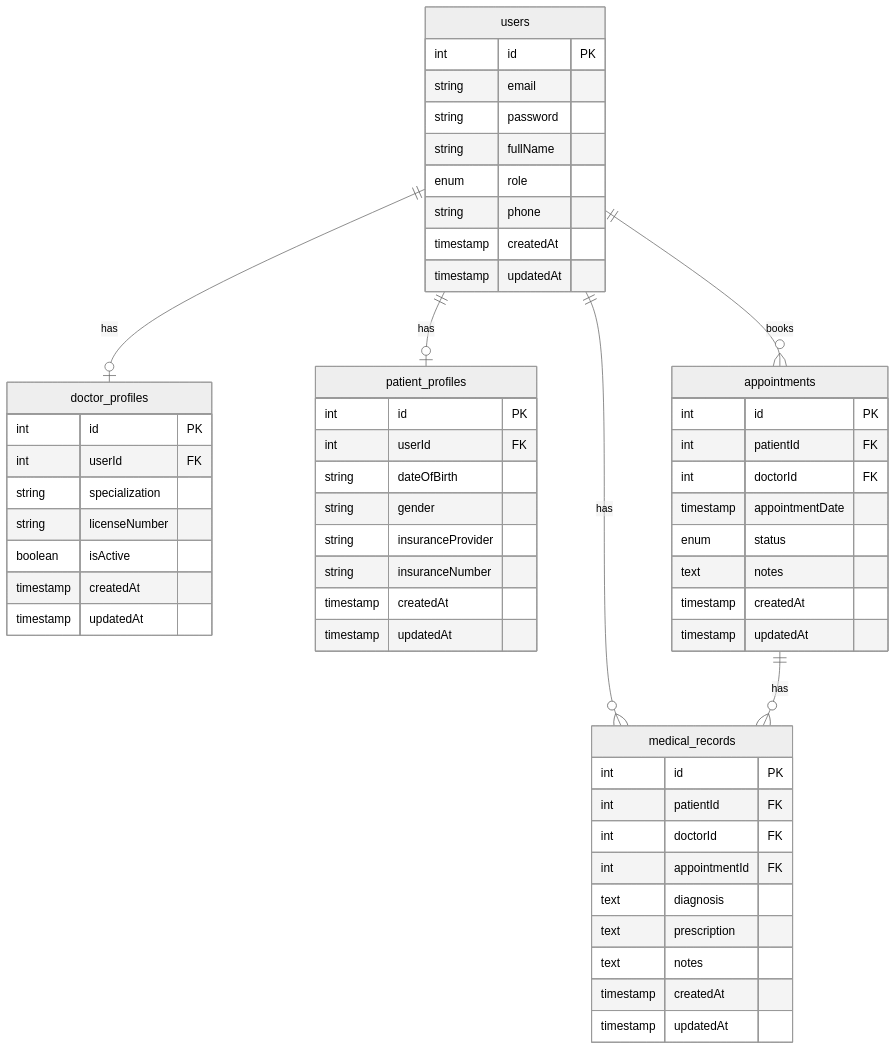
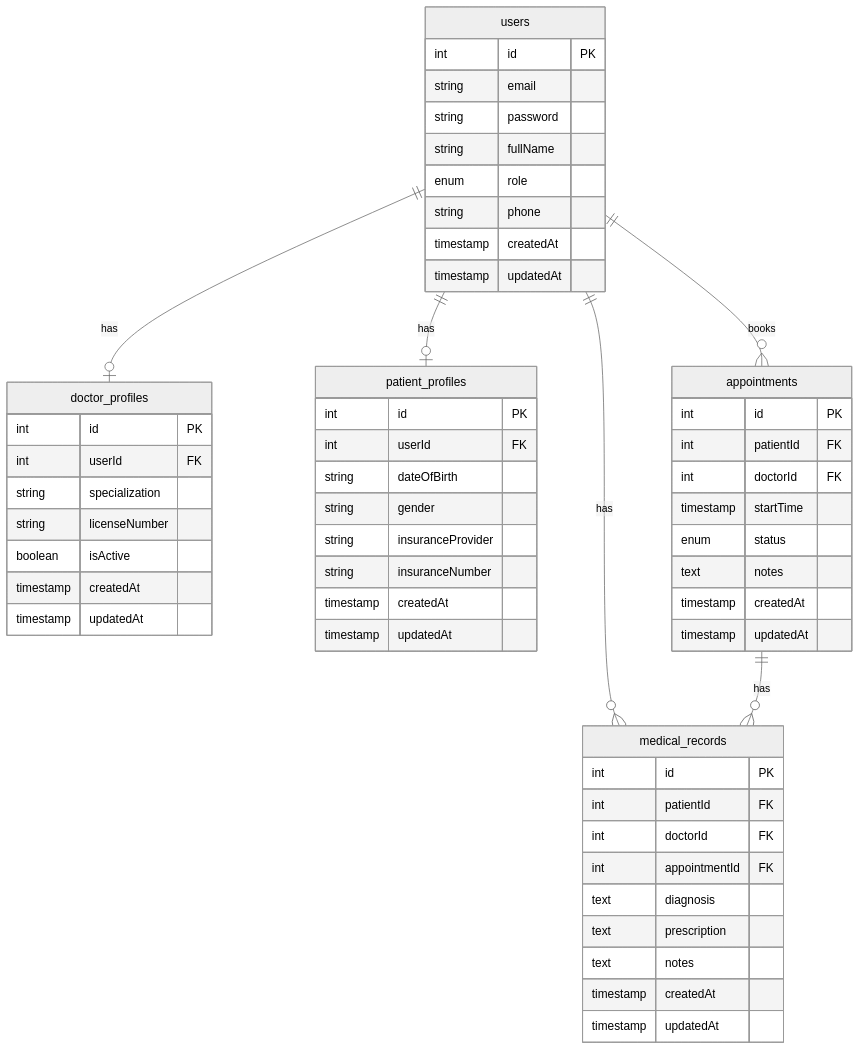
One commit to beeazy/HealthcareSystem changed the first of 3 diagrams in api/README.md. Above: the diagram before and after it, drawn with Mermaid (neutral theme). The commit also changed other lines of this file and 1 other file, not shown here.

````diff
--- a/api/README.md
+++ b/api/README.md
@@ -174,63 +136,63 @@
 ```mermaid
 erDiagram
     users {
         int id PK
         string email
         string password
         string fullName
         enum role
         string phone
         timestamp createdAt
         timestamp updatedAt
     }
 
     doctor_profiles {
         int id PK
         int userId FK
         string specialization
         string licenseNumber
         boolean isActive
         timestamp createdAt
         timestamp updatedAt
     }
 
     patient_profiles {
         int id PK
         int userId FK
         string dateOfBirth
         string gender
         string insuranceProvider
         string insuranceNumber
         timestamp createdAt
         timestamp updatedAt
     }
 
     appointments {
         int id PK
         int patientId FK
         int doctorId FK
-        timestamp appointmentDate
+        timestamp startTime
         enum status
         text notes
         timestamp createdAt
         timestamp updatedAt
     }
 
     medical_records {
         int id PK
         int patientId FK
         int doctorId FK
         int appointmentId FK
         text diagnosis
         text prescription
         text notes
         timestamp createdAt
         timestamp updatedAt
     }
 
     users ||--o| doctor_profiles : "has"
     users ||--o| patient_profiles : "has"
     users ||--o{ appointments : "books"
     users ||--o{ medical_records : "has"
     appointments ||--o{ medical_records : "has"
 ```
````
